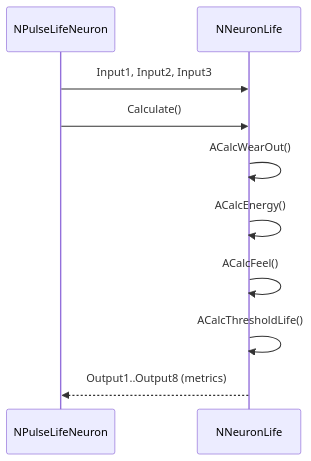
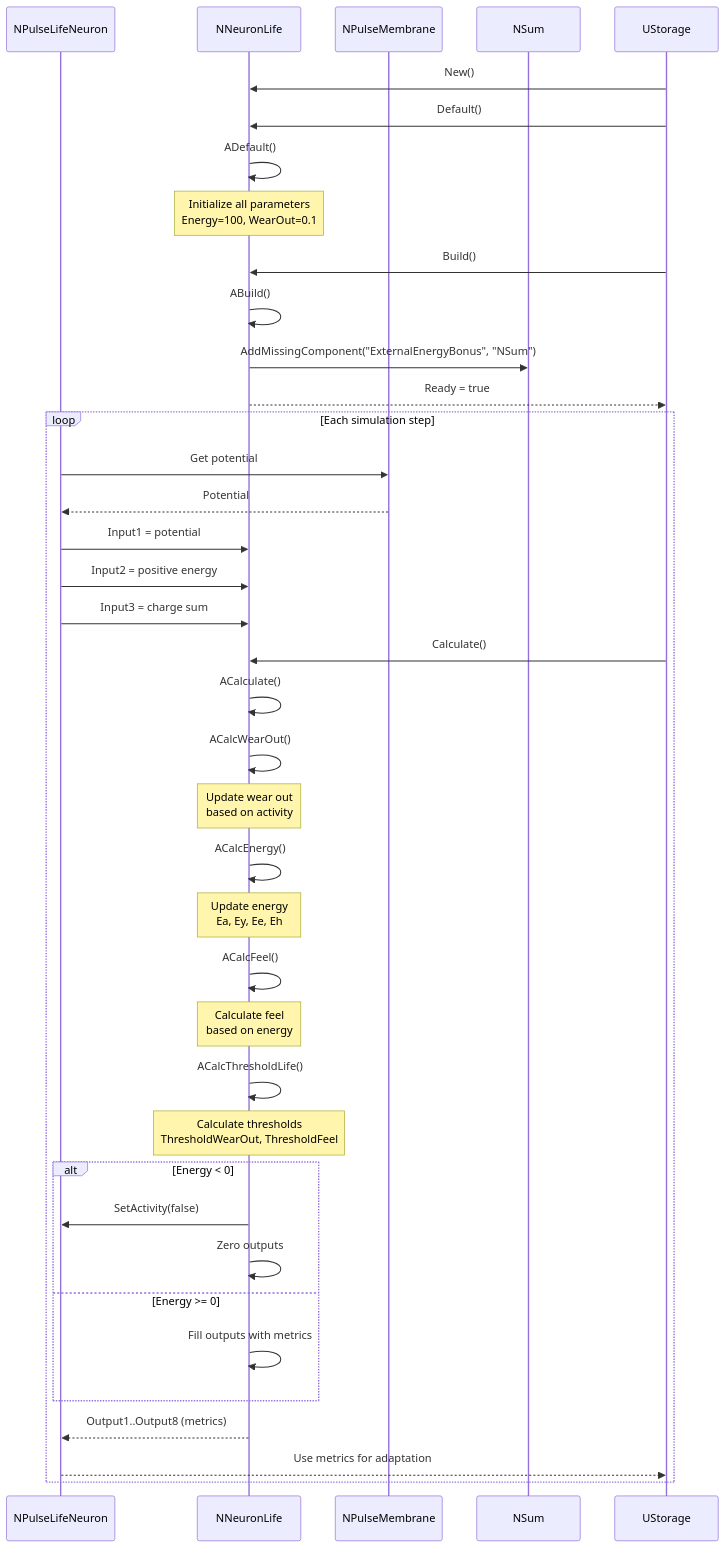
The seventh of 10 diagrams in Docs/Components/NNeuronLife.md (aicommunity/Nmsdk-PulseLib), drawn with Mermaid before and after one commit. The commit also changed other lines of this file and 64 other files, not shown here.

First line of the commit message:
docs(pulse): complete bilingual EN quality: mermaid sync, full translations, zero cyrillic in EN

````diff
--- a/Docs/Components/NNeuronLife.md
+++ b/Docs/Components/NNeuronLife.md
@@ -634,13 +658,43 @@
 ```mermaid
 sequenceDiagram
     participant Neuron as NPulseLifeNeuron
     participant Life as NNeuronLife
+    participant Membrane as NPulseMembrane
+    participant ExternalBonus as NSum
+    participant Storage as UStorage
 
-    Neuron->>Life: Input1, Input2, Input3
-    Neuron->>Life: Calculate()
-    Life->>Life: ACalcWearOut()
-    Life->>Life: ACalcEnergy()
-    Life->>Life: ACalcFeel()
-    Life->>Life: ACalcThresholdLife()
-    Life-->>Neuron: Output1..Output8 (metrics)
+    Storage->>Life: New()
+    Storage->>Life: Default()
+    Life->>Life: ADefault()
+    Note over Life: Initialize all parameters<br/>Energy=100, WearOut=0.1
+    Storage->>Life: Build()
+    Life->>Life: ABuild()
+    Life->>ExternalBonus: AddMissingComponent("ExternalEnergyBonus", "NSum")
+    Life-->>Storage: Ready = true
+
+    loop Each simulation step
+        Neuron->>Membrane: Get potential
+        Membrane-->>Neuron: Potential
+        Neuron->>Life: Input1 = potential
+        Neuron->>Life: Input2 = positive energy
+        Neuron->>Life: Input3 = charge sum
+        Storage->>Life: Calculate()
+        Life->>Life: ACalculate()
+        Life->>Life: ACalcWearOut()
+        Note over Life: Update wear out<br/>based on activity
+        Life->>Life: ACalcEnergy()
+        Note over Life: Update energy<br/>Ea, Ey, Ee, Eh
+        Life->>Life: ACalcFeel()
+        Note over Life: Calculate feel<br/>based on energy
+        Life->>Life: ACalcThresholdLife()
+        Note over Life: Calculate thresholds<br/>ThresholdWearOut, ThresholdFeel
+        alt Energy < 0
+            Life->>Neuron: SetActivity(false)
+            Life->>Life: Zero outputs
+        else Energy >= 0
+            Life->>Life: Fill outputs with metrics
+        end
+        Life-->>Neuron: Output1..Output8 (metrics)
+        Neuron-->>Storage: Use metrics for adaptation
+    end
 ```
````
